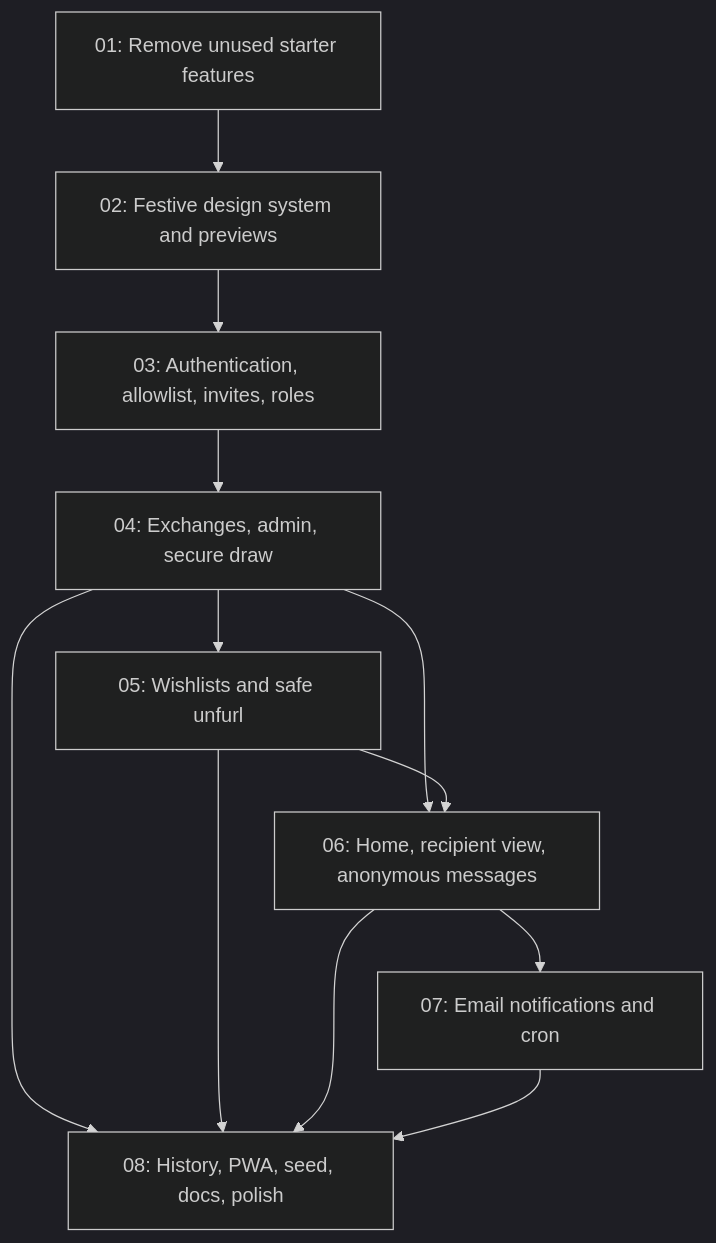
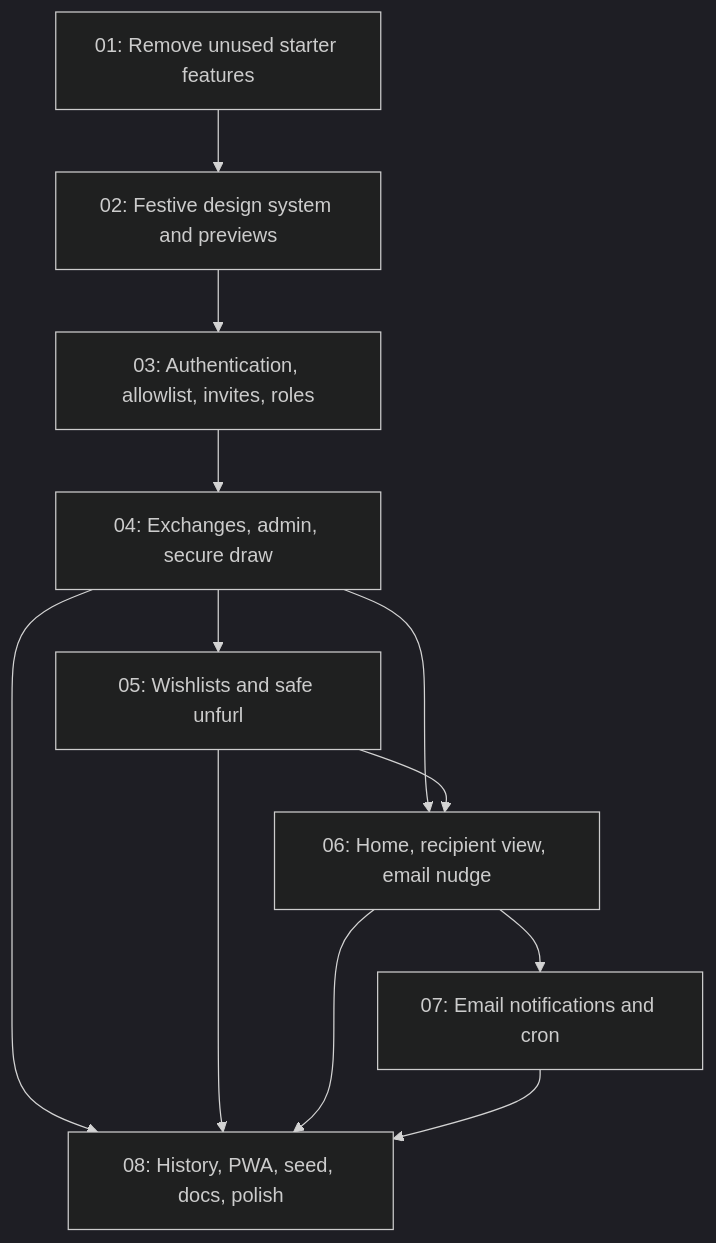
Before and after one commit to Vkscoma/secret-santa-app: the diagram in specs/secret-santa/README.md, drawn with Mermaid (dark theme). The commit also changed other lines of this file and 20 other files, not shown here.

Commit message:
Remove Chat Feature and replaced with nudge email

````diff
--- a/specs/secret-santa/README.md
+++ b/specs/secret-santa/README.md
@@ -15,14 +15,14 @@
 ```mermaid
 graph TD
     t01["01: Remove unused starter features"] --> t02["02: Festive design system and previews"]
     t02 --> t03["03: Authentication, allowlist, invites, roles"]
     t03 --> t04["04: Exchanges, admin, secure draw"]
     t04 --> t05["05: Wishlists and safe unfurl"]
-    t04 --> t06["06: Home, recipient view, anonymous messages"]
+    t04 --> t06["06: Home, recipient view, email nudge"]
     t05 --> t06
     t06 --> t07["07: Email notifications and cron"]
     t04 --> t08["08: History, PWA, seed, docs, polish"]
     t05 --> t08
     t06 --> t08
     t07 --> t08
 ```
````
